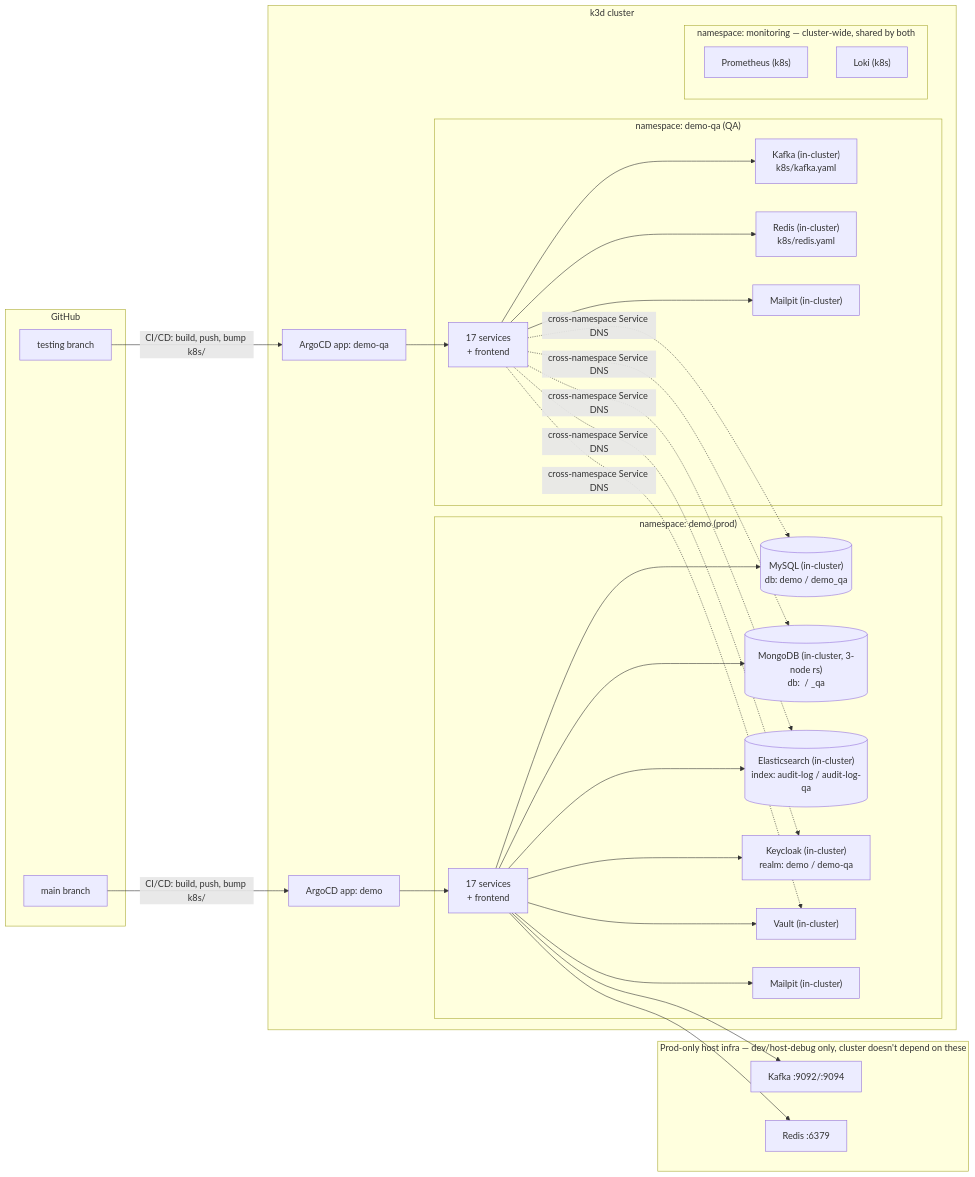
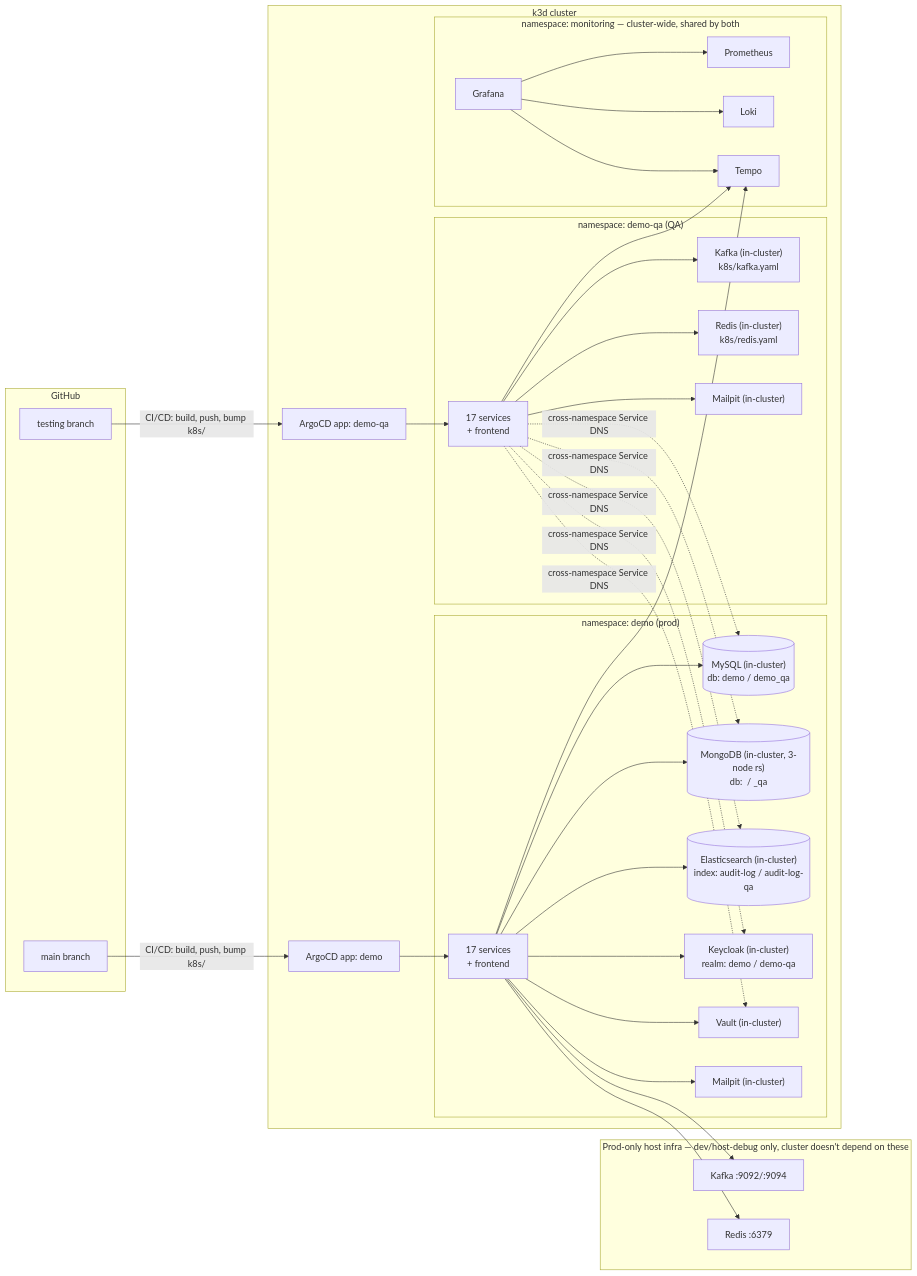
One commit to wilbertjoosen/demo changed the diagram in README.md. Above: the diagram before and after it, drawn with Mermaid. The commit also changed other lines of this file and 10 other files, not shown here.

````diff
--- a/README.md
+++ b/README.md
@@ -355,46 +355,49 @@
 ```mermaid
 flowchart LR
     subgraph GIT["GitHub"]
         MAIN["main branch"]
         TEST["testing branch"]
     end
 
     subgraph K8S["k3d cluster"]
         subgraph DEMO["namespace: demo (prod)"]
             APPS_PROD["17 services\n+ frontend"]
             MYSQL[("MySQL (in-cluster)\ndb: demo / demo_qa")]
             MONGO[("MongoDB (in-cluster, 3-node rs)\ndb: <svc> / <svc>_qa")]
             ES[("Elasticsearch (in-cluster)\nindex: audit-log / audit-log-qa")]
             KC["Keycloak (in-cluster)\nrealm: demo / demo-qa"]
             VAULT["Vault (in-cluster)"]
             MAILPIT_PROD["Mailpit (in-cluster)"]
         end
         subgraph DEMOQA["namespace: demo-qa (QA)"]
             APPS_QA["17 services\n+ frontend"]
             KAFKA_QA["Kafka (in-cluster)\nk8s/kafka.yaml"]
             REDIS_QA["Redis (in-cluster)\nk8s/redis.yaml"]
             MAILPIT_QA["Mailpit (in-cluster)"]
         end
         subgraph MON["namespace: monitoring — cluster-wide, shared by both"]
-            PROM_K8S["Prometheus (k8s)"]
-            LOKI_K8S["Loki (k8s)"]
+            PROM_K8S["Prometheus"]
+            LOKI_K8S["Loki"]
+            TEMPO_K8S["Tempo"]
+            GRAFANA["Grafana"]
         end
         ARGO_PROD["ArgoCD app: demo"]
         ARGO_QA["ArgoCD app: demo-qa"]
     end
 
     subgraph ISO_PROD["Prod-only host infra — dev/host-debug only, cluster doesn't depend on these"]
         KAFKA_PROD["Kafka :9092/:9094"]
         REDIS_PROD["Redis :6379"]
     end
 
     MAIN -- "CI/CD: build, push, bump k8s/" --> ARGO_PROD
     TEST -- "CI/CD: build, push, bump k8s/" --> ARGO_QA
     ARGO_PROD --> APPS_PROD
     ARGO_QA --> APPS_QA
 
-    APPS_PROD --> MYSQL & MONGO & ES & KC & VAULT & MAILPIT_PROD
-    APPS_QA --> KAFKA_QA & REDIS_QA & MAILPIT_QA
+    APPS_PROD --> MYSQL & MONGO & ES & KC & VAULT & MAILPIT_PROD & TEMPO_K8S
+    APPS_QA --> KAFKA_QA & REDIS_QA & MAILPIT_QA & TEMPO_K8S
     APPS_QA -. "cross-namespace Service DNS" .-> MYSQL & MONGO & ES & KC & VAULT
     APPS_PROD --> KAFKA_PROD & REDIS_PROD
+    GRAFANA --> PROM_K8S & LOKI_K8S & TEMPO_K8S
 ```
````
